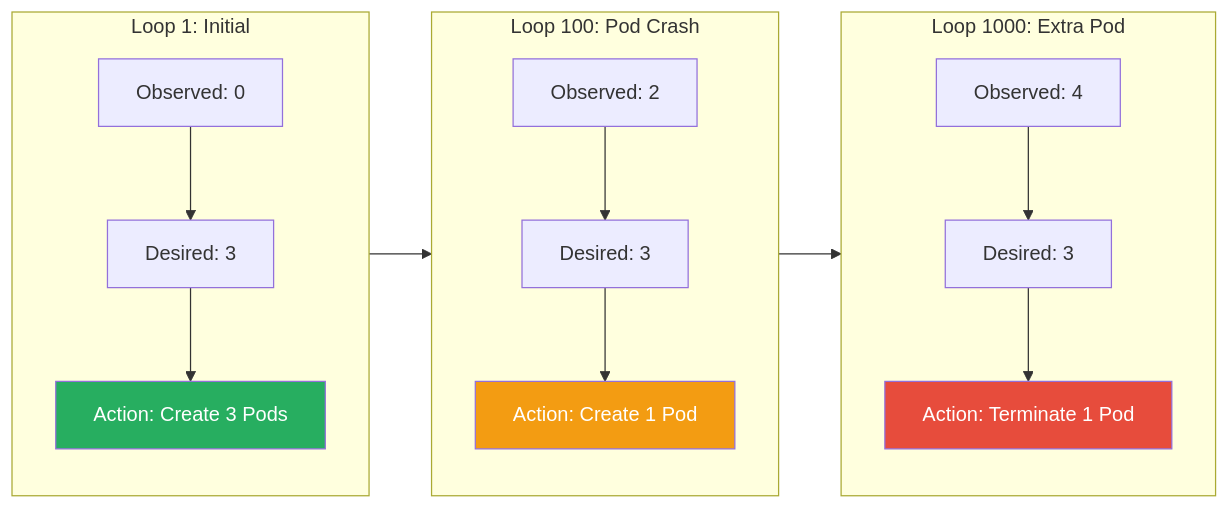
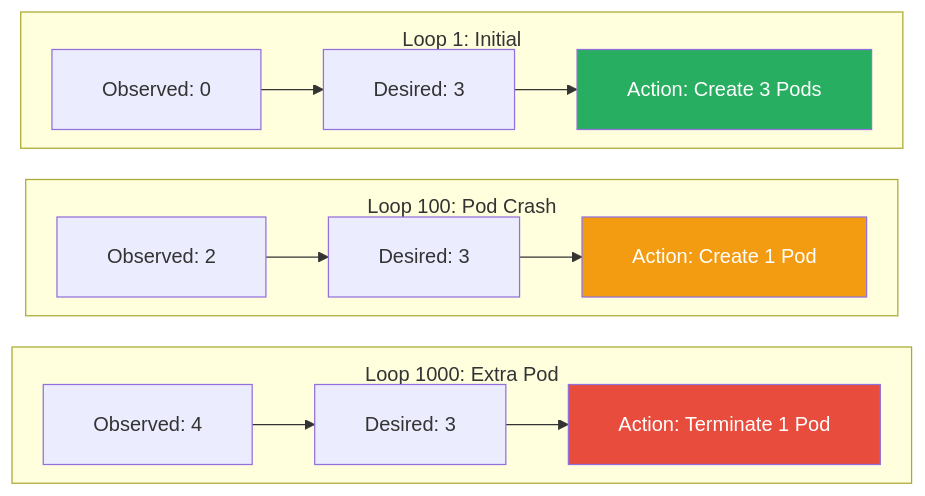
One commit to Alnour/kube_book changed the third of 5 diagrams in Chapter_5_Expanded.md. Above: the diagram before and after it, drawn with Mermaid. The commit also changed other lines of this file and 7 other files, not shown here.

First line of the commit message:
Fix Mermaid diagram sizing, layout, and label rendering

````diff
--- a/Chapter_5_Expanded.md
+++ b/Chapter_5_Expanded.md
@@ -81,23 +83,24 @@
 ```mermaid
-graph LR
+%%{init: {'flowchart': {'nodeSpacing': 10, 'rankSpacing': 25, 'padding': 20, 'subGraphTitleMargin': {'top': 10, 'bottom': 5}}}}%%
+graph TB
     subgraph Loop1["Loop 1: Initial"]
         L1_Obs["Observed: 0"] --> L1_Des["Desired: 3"]
         L1_Des --> L1_Act["Action: Create 3 Pods"]
     end
 
     subgraph Loop2["Loop 100: Pod Crash"]
         L2_Obs["Observed: 2"] --> L2_Des["Desired: 3"]
         L2_Des --> L2_Act["Action: Create 1 Pod"]
     end
 
     subgraph Loop3["Loop 1000: Extra Pod"]
         L3_Obs["Observed: 4"] --> L3_Des["Desired: 3"]
         L3_Des --> L3_Act["Action: Terminate 1 Pod"]
     end
 
-    Loop1 --> Loop2 --> Loop3
+    Loop1 ~~~ Loop2 ~~~ Loop3
 
     style L1_Act fill:#27ae60,color:#fff
     style L2_Act fill:#f39c12,color:#fff
     style L3_Act fill:#e74c3c,color:#fff
 ```
````
